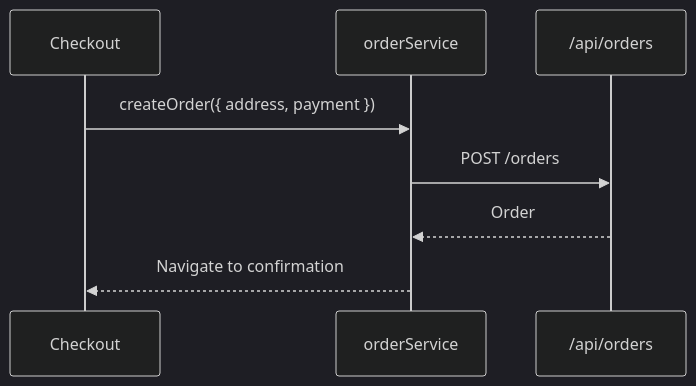
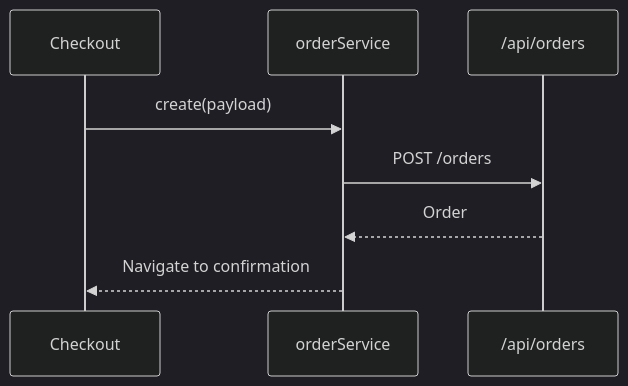
Before and after one commit to abh1hi/aura-shop: the fifth of 9 diagrams in metainflu/frontend/client/src/services/SERVICES_DEVELOPER_DOCUMENTATION.md, drawn with Mermaid (dark theme). The commit also changed other lines of this file, not shown here.

````diff
--- a/metainflu/frontend/client/src/services/SERVICES_DEVELOPER_DOCUMENTATION.md
+++ b/metainflu/frontend/client/src/services/SERVICES_DEVELOPER_DOCUMENTATION.md
@@ -191,10 +302,10 @@
 ```mermaid
 sequenceDiagram
   participant UI as Checkout
-  participant S as orderService
+  participant Orders as orderService
   participant API as /api/orders
-  UI->>S: createOrder({ address, payment })
-  S->>API: POST /orders
-  API-->>S: Order
-  S-->>UI: Navigate to confirmation
+  UI->>Orders: create(payload)
+  Orders->>API: POST /orders
+  API-->>Orders: Order
+  Orders-->>UI: Navigate to confirmation
 ```
````
